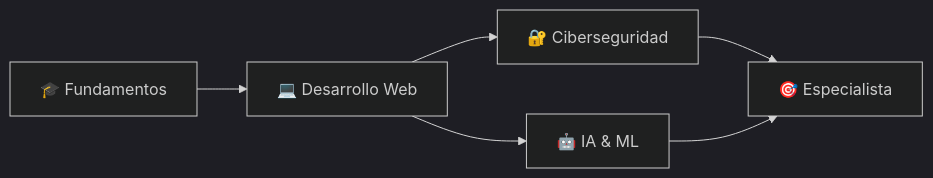
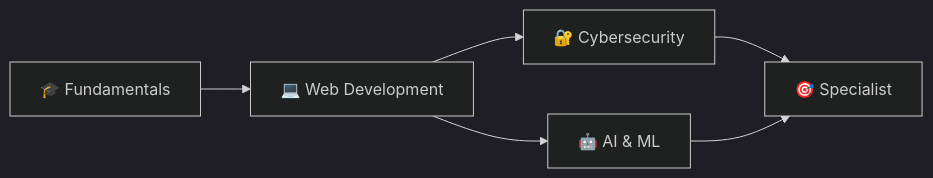
The diagram in README.md (IsviCastillo/IsviCastillo), drawn with Mermaid (dark theme) before and after one commit. The commit also changed other lines of this file, not shown here.

````diff
--- a/README.md
+++ b/README.md
@@ -61,8 +61,8 @@
 ```mermaid
 graph LR
-    A[🎓 Fundamentos] --> B[💻 Desarrollo Web]
-    B --> C[🔐 Ciberseguridad]
-    B --> D[🤖 IA & ML]
-    C --> E[🎯 Especialista]
+    A[🎓 Fundamentals] --> B[💻 Web Development]
+    B --> C[🔐 Cybersecurity]
+    B --> D[🤖 AI & ML]
+    C --> E[🎯 Specialist]
     D --> E
 ```
````
